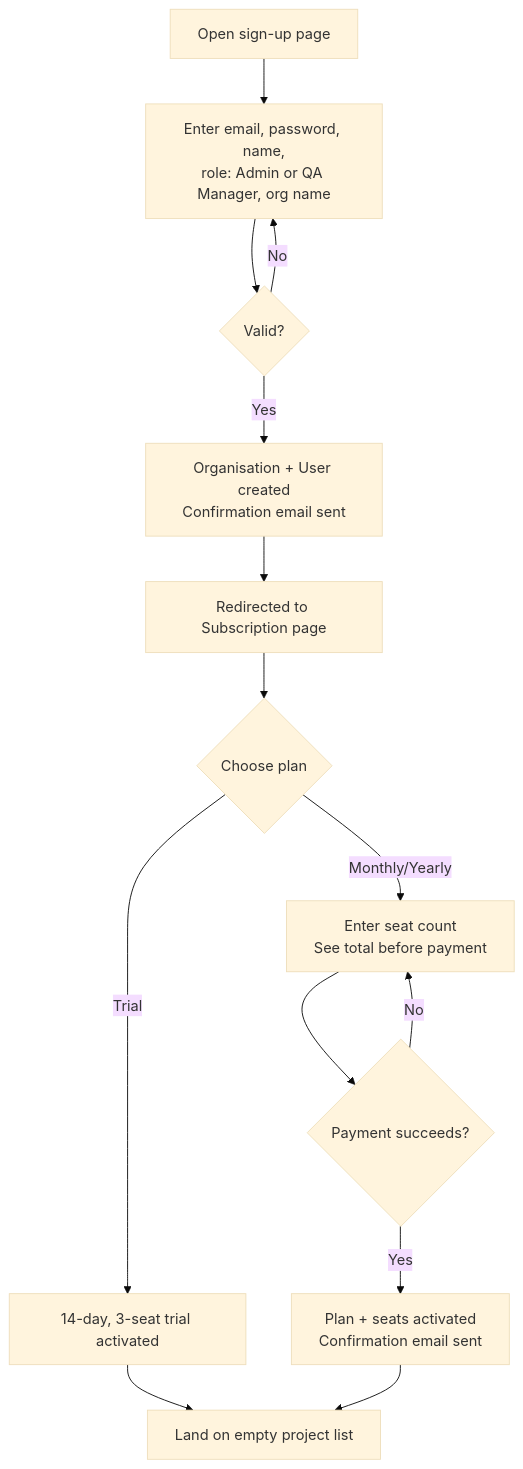
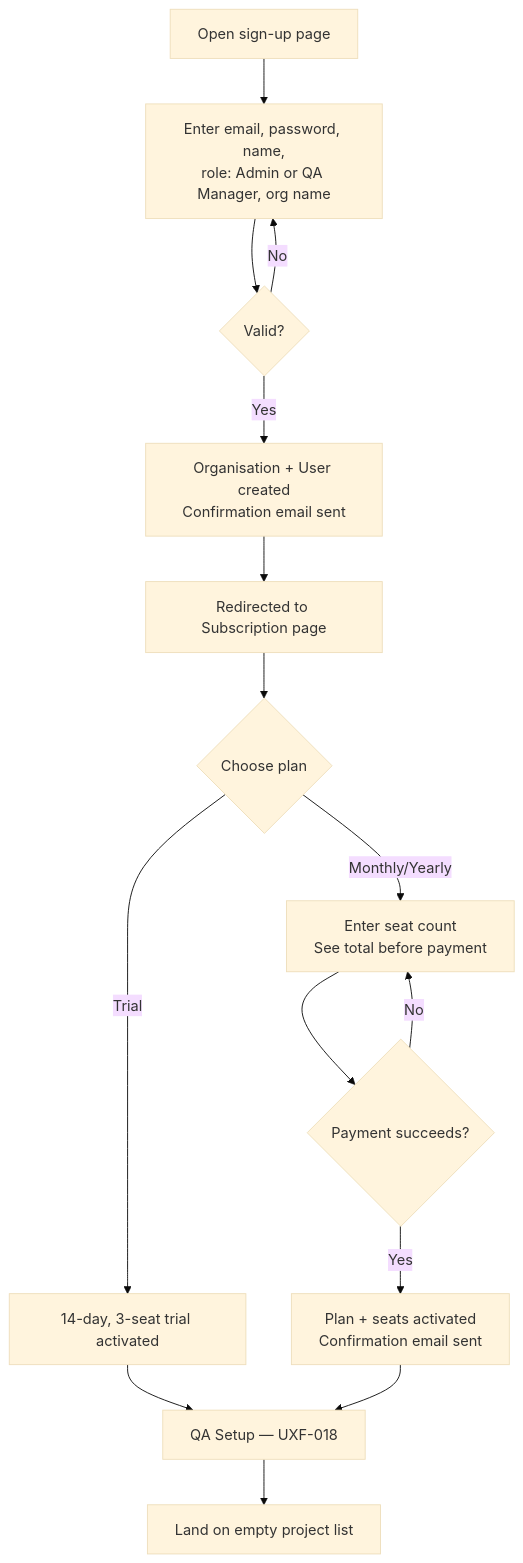
The first of 2 diagrams in testflow-ai/docs/design/user-flows/01-onboarding-and-subscription.md (AutomationTribe/testflowai), drawn with Mermaid (base theme) before and after one commit. The commit also changed other lines of this file and 148 other files, not shown here.

````diff
--- a/testflow-ai/docs/design/user-flows/01-onboarding-and-subscription.md
+++ b/testflow-ai/docs/design/user-flows/01-onboarding-and-subscription.md
@@ -46,16 +46,17 @@
 ```mermaid
 flowchart TD
     A[Open sign-up page] --> B[Enter email, password, name,\nrole: Admin or QA Manager, org name]
     B --> C{Valid?}
     C -- No --> B
     C -- Yes --> D[Organisation + User created\nConfirmation email sent]
     D --> E[Redirected to Subscription page]
     E --> F{Choose plan}
     F -- Trial --> G[14-day, 3-seat trial activated]
     F -- Monthly/Yearly --> H[Enter seat count\nSee total before payment]
     H --> I{Payment succeeds?}
     I -- No --> H
     I -- Yes --> J[Plan + seats activated\nConfirmation email sent]
-    G --> K[Land on empty project list]
+    G --> K[QA Setup — UXF-018]
     J --> K
+    K --> L[Land on empty project list]
 ```
````
